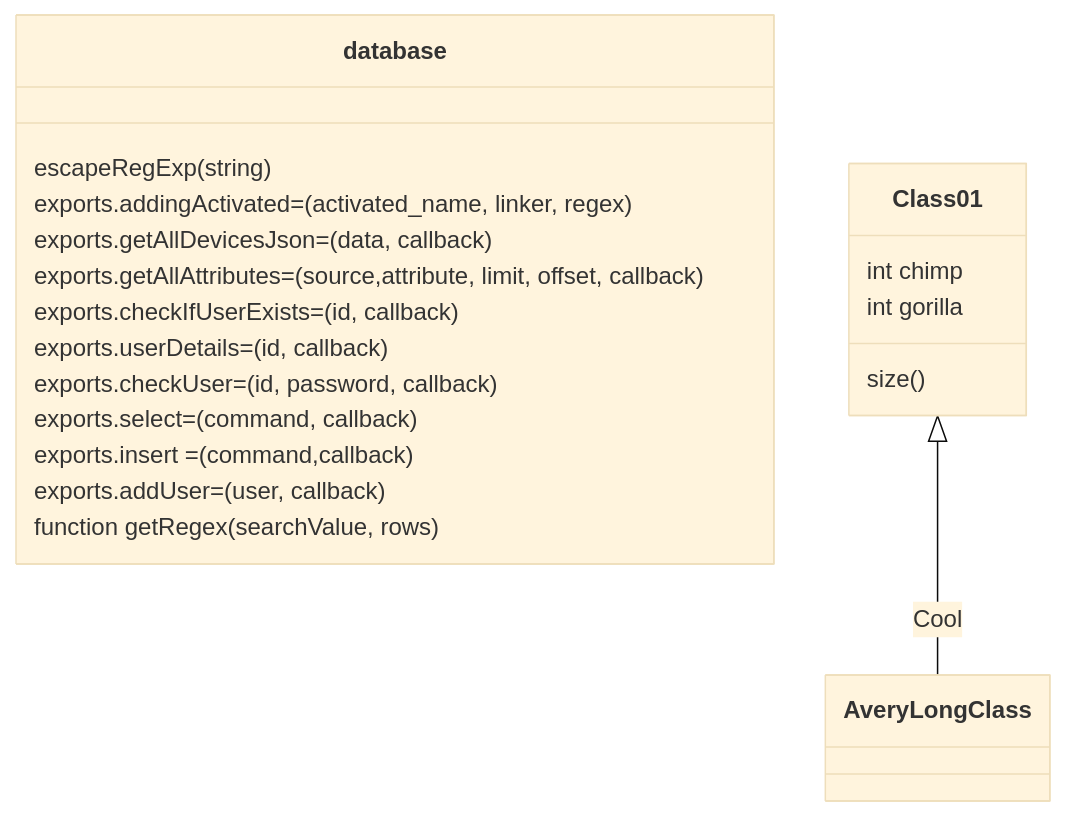
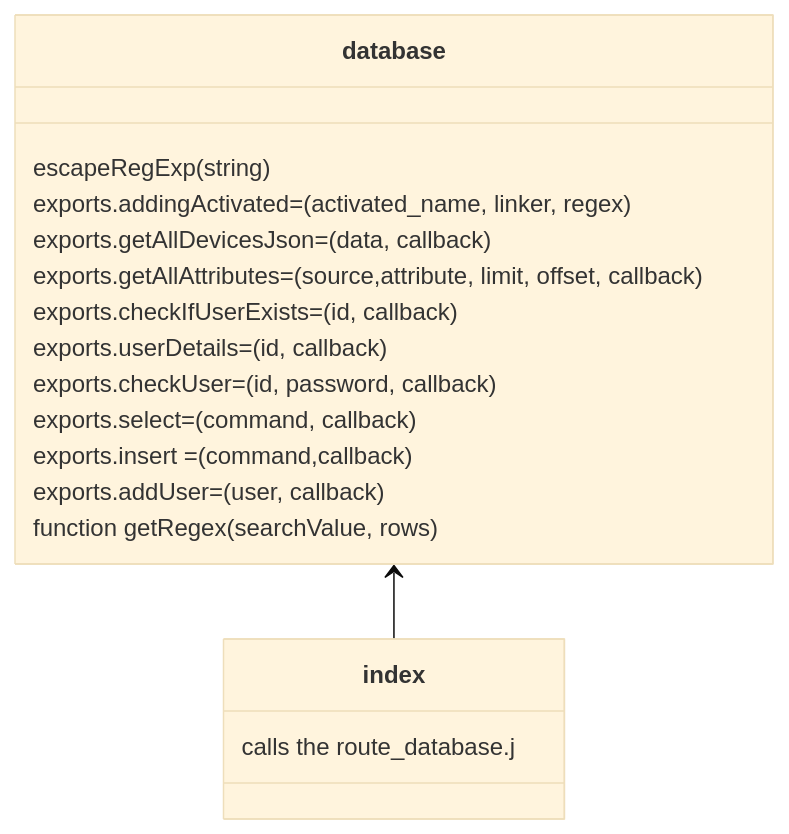
The diagram in docs/documentation/general_documentation/node-database-server-file-tree.md (nikolasfil/IOT-Project-2023), drawn with Mermaid (base theme) before and after one commit. The commit also changed other lines of this file and 1 other file, not shown here.

Commit message:
checkpoint on documentation

````diff
--- a/docs/documentation/general_documentation/node-database-server-file-tree.md
+++ b/docs/documentation/general_documentation/node-database-server-file-tree.md
@@ -20,24 +20,21 @@
 ```mermaid
 classDiagram
 
 database : escapeRegExp(string)
 database : exports.addingActivated=(activated_name, linker, regex)
 database : exports.getAllDevicesJson= (data,  callback)
 database : exports.getAllAttributes=(source,attribute, limit, offset, callback)
 database : exports.checkIfUserExists= (id, callback)
 database : exports.userDetails= (id, callback)
 database : exports.checkUser= (id, password, callback)
 database : exports.select=(command, callback)
 database : exports.insert = (command,callback) 
 database : exports.addUser= (user, callback)
 database : function getRegex(searchValue, rows)
 
+index : calls the route_database.j 
+
+database <-- index
 
 
-
-Class01 <|-- AveryLongClass : Cool
-Class01 : size()
-Class01 : int chimp
-Class01 : int gorilla
-
 ```
````
